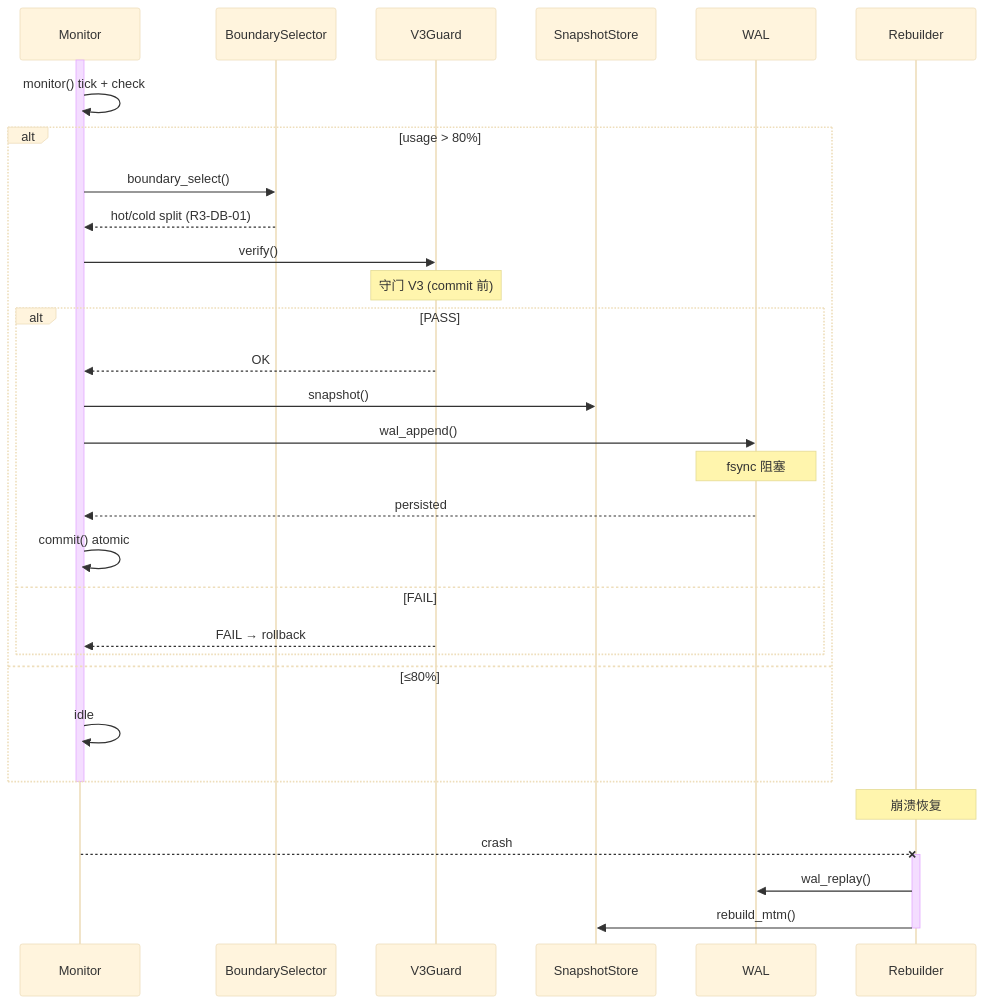
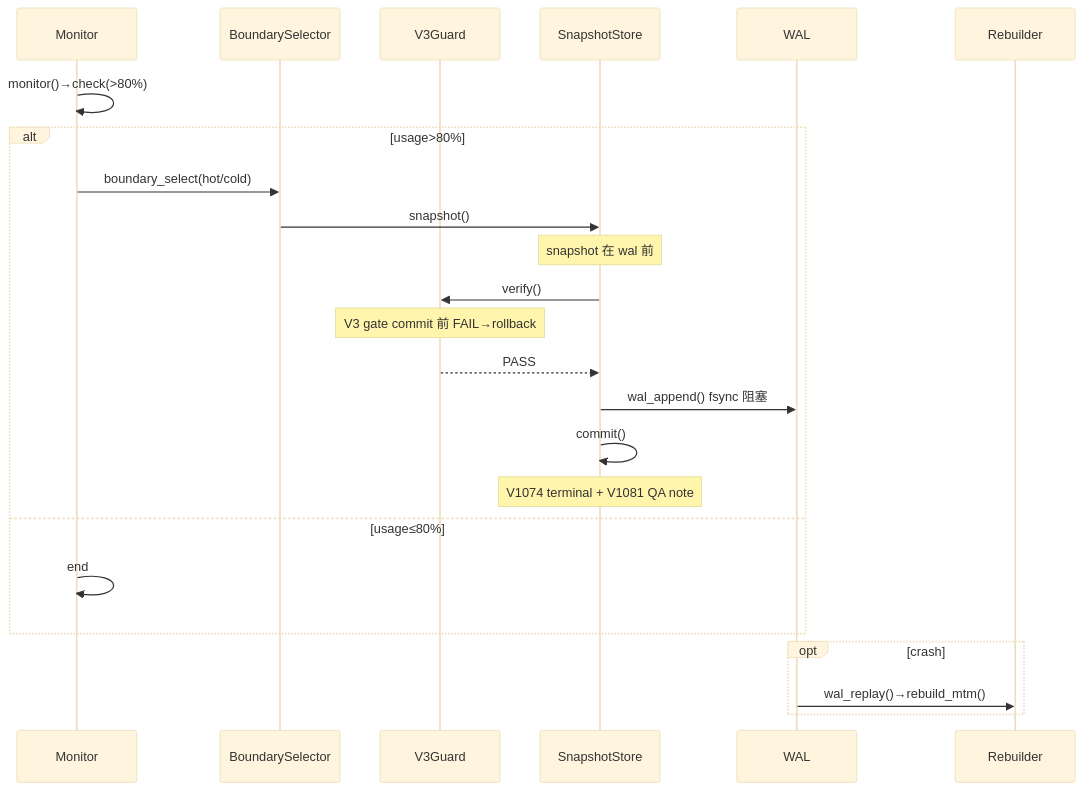
The third of 3 diagrams in reports/r7-wf-02-sequence-diagrams.md (Apeireth/Apeireth), drawn with Mermaid (base theme) before and after one commit. The commit also changed other lines of this file and 190 other files, not shown here.

````diff
--- a/reports/r7-wf-02-sequence-diagrams.md
+++ b/reports/r7-wf-02-sequence-diagrams.md
@@ -83,36 +64,26 @@
 ```mermaid
 sequenceDiagram
     participant M as Monitor
-    participant BS as BoundarySelector
+    participant B as BoundarySelector
     participant V3 as V3Guard
-    participant SS as SnapshotStore
+    participant S as SnapshotStore
     participant W as WAL
     participant R as Rebuilder
-    activate M
-    M->>M: monitor() tick + check
-    alt usage > 80%
-        M->>BS: boundary_select()
-        BS-->>M: hot/cold split (R3-DB-01)
-        M->>V3: verify()
-        Note over V3: 守门 V3 (commit 前)
-        alt PASS
-            V3-->>M: OK
-            M->>SS: snapshot()
-            M->>W: wal_append()
-            Note over W: fsync 阻塞
-            W-->>M: persisted
-            M->>M: commit() atomic
-        else FAIL
-            V3-->>M: FAIL → rollback
-        end
-    else ≤80%
-        M->>M: idle
+    M->>M: monitor()→check(>80%)
+    alt usage>80%
+        M->>B: boundary_select(hot/cold)
+        B->>S: snapshot()
+        Note over S: snapshot 在 wal 前
+        S->>V3: verify()
+        Note over V3: V3 gate commit 前 FAIL→rollback
+        V3-->>S: PASS
+        S->>W: wal_append() fsync 阻塞
+        S->>S: commit()
+        Note over S: V1074 terminal + V1081 QA note
+    else usage≤80%
+        M->>M: end
     end
-    deactivate M
-    Note over R: 崩溃恢复
-    M--xR: crash
-    activate R
-    R->>W: wal_replay()
-    R->>SS: rebuild_mtm()
-    deactivate R
+    opt crash
+        W->>R: wal_replay()→rebuild_mtm()
+    end
 ```
````
